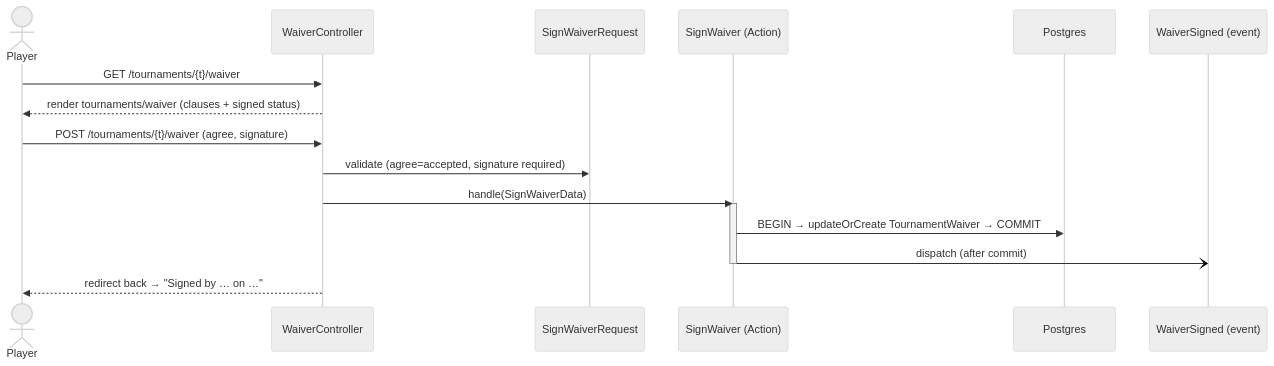
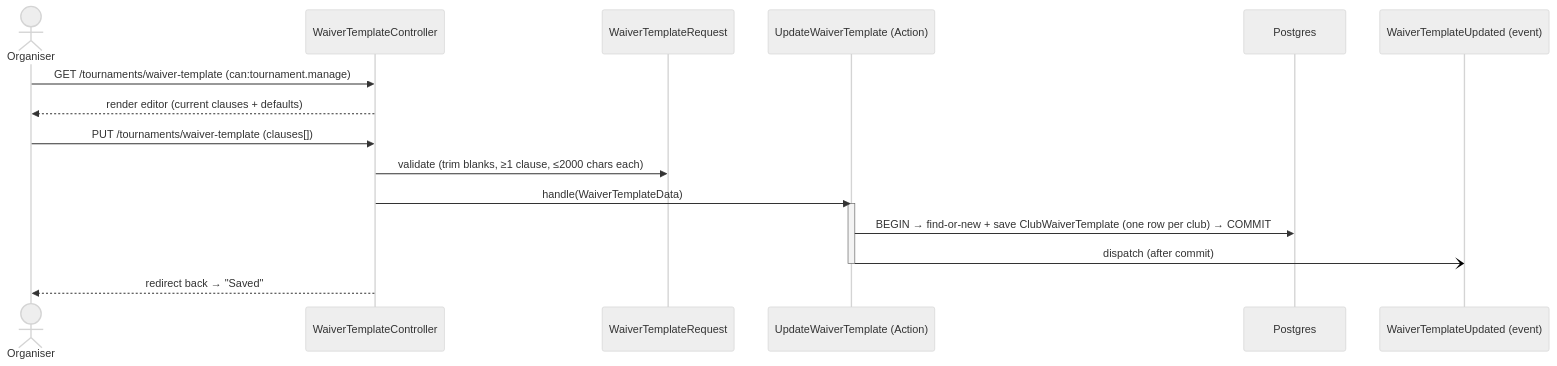
Before and after one commit to gopibabus/open-courts: the diagram in docs/features/tournament-waivers.md, drawn with Mermaid (neutral theme). The commit also changed other lines of this file and 20 other files, not shown here.

First line of the commit message:
Editable per-club waiver template + signature snapshot

````diff
--- a/docs/features/tournament-waivers.md
+++ b/docs/features/tournament-waivers.md
@@ -22,20 +35,20 @@
 ```mermaid
 sequenceDiagram
-    actor P as Player
-    participant W as WaiverController
-    participant R as SignWaiverRequest
-    participant A as SignWaiver (Action)
+    actor O as Organiser
+    participant WT as WaiverTemplateController
+    participant R as WaiverTemplateRequest
+    participant A as UpdateWaiverTemplate (Action)
     participant DB as Postgres
-    participant E as WaiverSigned (event)
+    participant E as WaiverTemplateUpdated (event)
 
-    P->>W: GET /tournaments/{t}/waiver
-    W-->>P: render tournaments/waiver (clauses + signed status)
-    P->>W: POST /tournaments/{t}/waiver (agree, signature)
-    W->>R: validate (agree=accepted, signature required)
-    W->>A: handle(SignWaiverData)
+    O->>WT: GET /tournaments/waiver-template  (can:tournament.manage)
+    WT-->>O: render editor (current clauses + defaults)
+    O->>WT: PUT /tournaments/waiver-template (clauses[])
+    WT->>R: validate (trim blanks, ≥1 clause, ≤2000 chars each)
+    WT->>A: handle(WaiverTemplateData)
     activate A
-    A->>DB: BEGIN → updateOrCreate TournamentWaiver → COMMIT
+    A->>DB: BEGIN → find-or-new + save ClubWaiverTemplate (one row per club) → COMMIT
     A-)E: dispatch (after commit)
     deactivate A
-    W-->>P: redirect back → "Signed by … on …"
+    WT-->>O: redirect back → "Saved"
 ```
````
